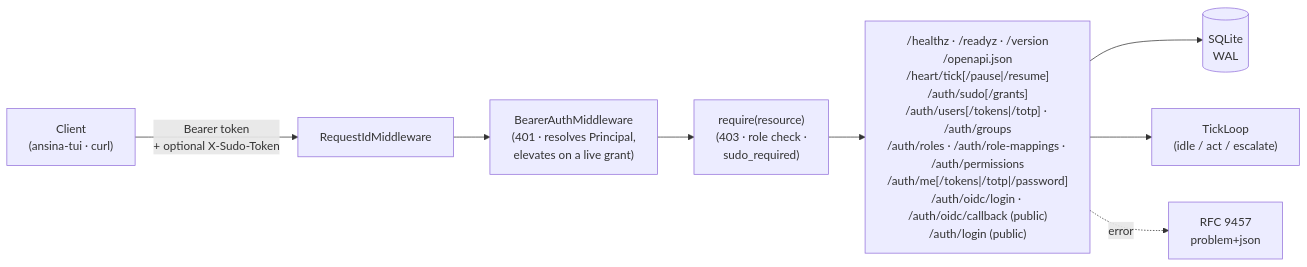
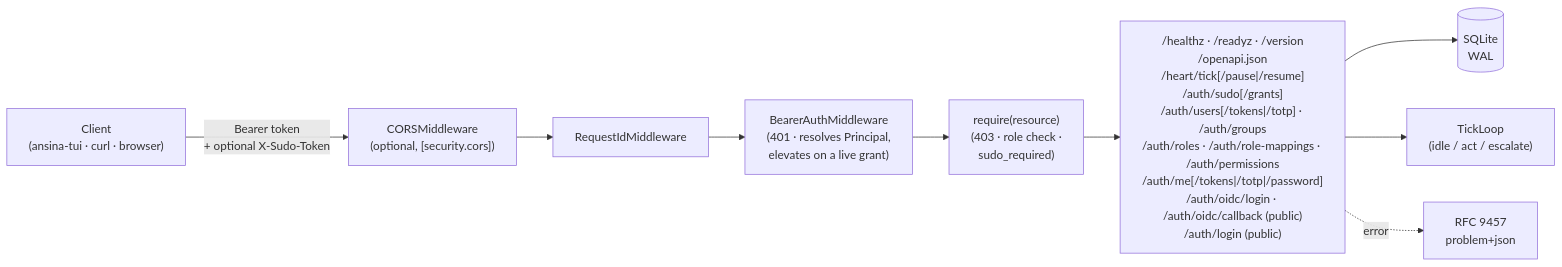
Before and after one commit to giacchetta/ansina: the first of 2 diagrams in README.md, drawn with Mermaid. The commit also changed other lines of this file and 10 other files, not shown here.

Commit message:
feat: CORS for browser-hosted third-party clients

````diff
--- a/README.md
+++ b/README.md
@@ -9,10 +9,11 @@
 ```mermaid
 flowchart LR
-    Client["Client<br/>(ansina-tui · curl)"] -->|Bearer token<br/>+ optional X-Sudo-Token| MW["RequestIdMiddleware"]
+    Client["Client<br/>(ansina-tui · curl · browser)"] -->|Bearer token<br/>+ optional X-Sudo-Token| CORS["CORSMiddleware<br/>(optional, [security.cors])"]
+    CORS --> MW["RequestIdMiddleware"]
     MW --> Auth["BearerAuthMiddleware<br/>(401 · resolves Principal,<br/>elevates on a live grant)"]
     Auth --> Authz["require(resource)<br/>(403 · role check ·<br/>sudo_required)"]
     Authz --> Routes["/healthz · /readyz · /version<br/>/openapi.json<br/>/heart/tick[/pause|/resume]<br/>/auth/sudo[/grants]<br/>/auth/users[/tokens|/totp] · /auth/groups<br/>/auth/roles · /auth/role-mappings · /auth/permissions<br/>/auth/me[/tokens|/totp|/password]<br/>/auth/oidc/login · /auth/oidc/callback (public)<br/>/auth/login (public)"]
     Routes --> DB[("SQLite<br/>WAL")]
     Routes --> Tick["TickLoop<br/>(idle / act / escalate)"]
     Routes -.error.-> Problem["RFC 9457<br/>problem+json"]
 ```
````
